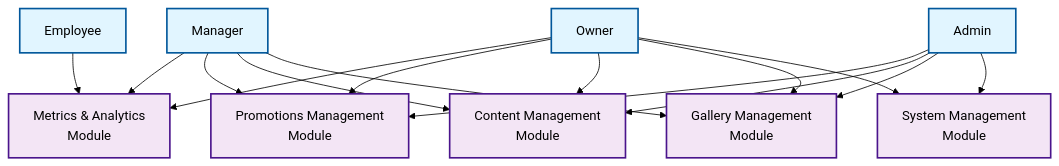
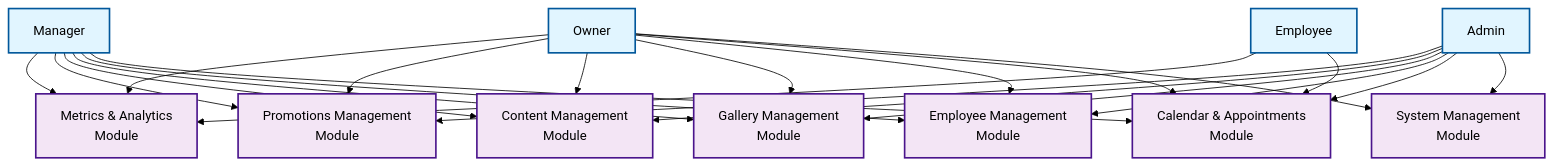
Before and after one commit to ngdzu/atelier2: the diagram in doc/diagrams/dashboard-use-cases-overview.mmd, drawn with Mermaid (forest theme). The commit also changed 16 other files, not shown here.

```diff
--- a/doc/diagrams/dashboard-use-cases-overview.mmd
+++ b/doc/diagrams/dashboard-use-cases-overview.mmd
@@ -1,45 +1,54 @@
 %% Dashboard Management System - Use Case Overview Diagram
 %% High-level view showing main modules and actors
 
 graph TB
     %% Actors
     Owner[Owner]
     Manager[Manager]
     Admin[Admin]
     Employee[Employee]
     
     %% Main Modules
     Metrics[Metrics & Analytics<br/>Module]
     Promotions[Promotions Management<br/>Module]
     Content[Content Management<br/>Module]
     Gallery[Gallery Management<br/>Module]
+    Employees[Employee Management<br/>Module]
+    Calendar[Calendar & Appointments<br/>Module]
     System[System Management<br/>Module]
     
     %% Owner access
     Owner --> Metrics
     Owner --> Promotions
     Owner --> Content
     Owner --> Gallery
+    Owner --> Employees
+    Owner --> Calendar
     Owner --> System
     
     %% Manager access
     Manager --> Metrics
     Manager --> Promotions
     Manager --> Content
     Manager --> Gallery
+    Manager --> Employees
+    Manager --> Calendar
     
     %% Admin access
     Admin --> Promotions
     Admin --> Content
     Admin --> Gallery
+    Admin --> Employees
+    Admin --> Calendar
     Admin --> System
     
     %% Employee access (limited)
     Employee --> Metrics
+    Employee --> Calendar
     
     %% Styling
     classDef actor fill:#e1f5ff,stroke:#01579b,stroke-width:2px,color:#000000
     classDef module fill:#f3e5f5,stroke:#4a148c,stroke-width:2px,color:#000000
     
     class Owner,Manager,Admin,Employee actor
-    class Metrics,Promotions,Content,Gallery,System module
+    class Metrics,Promotions,Content,Gallery,Employees,Calendar,System module
```
